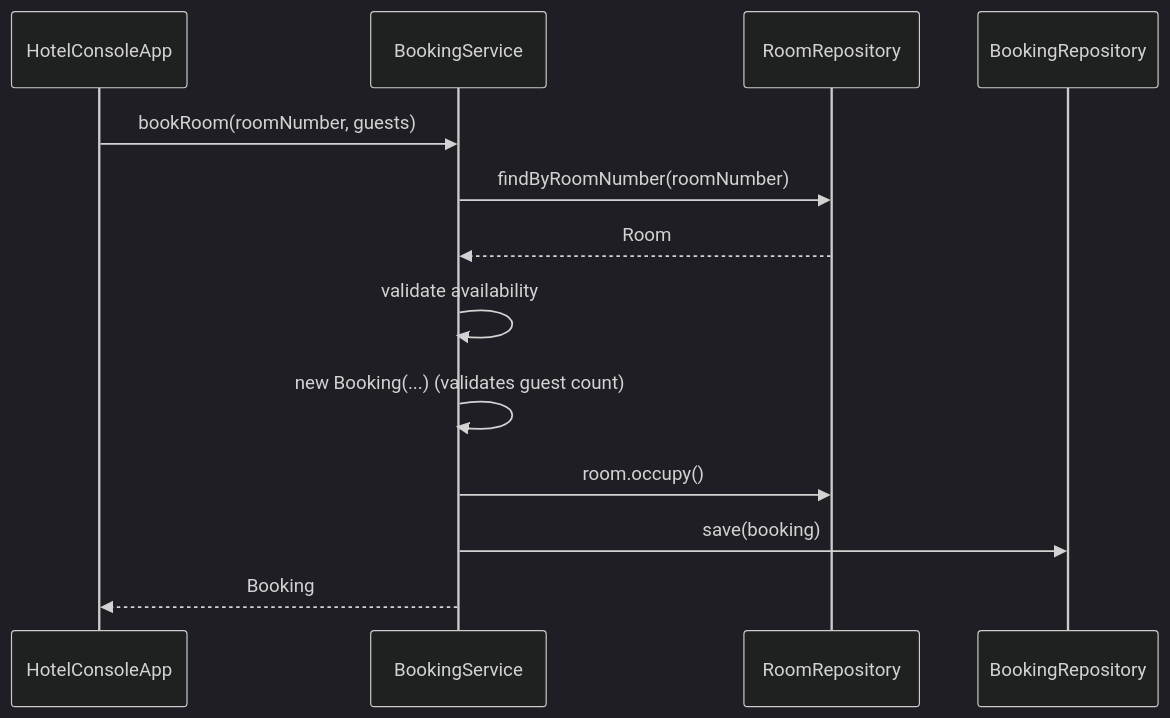
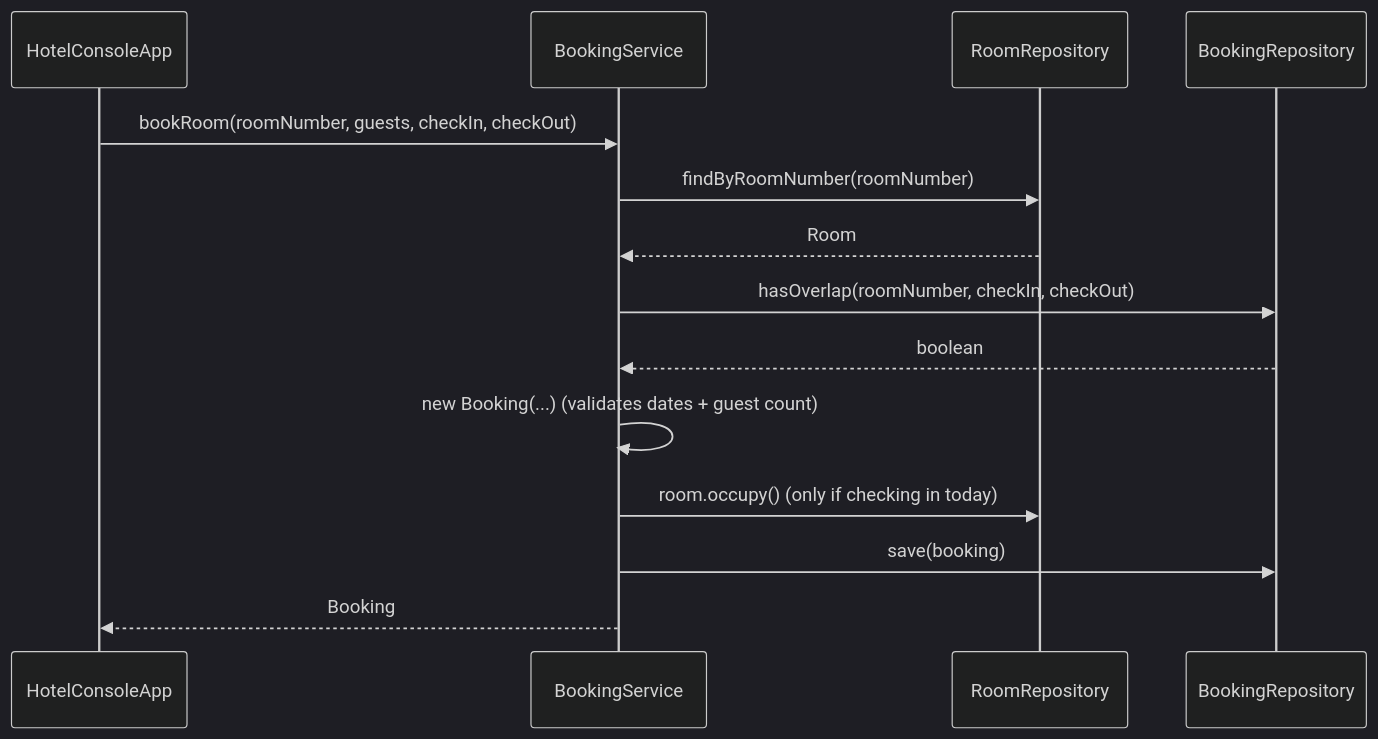
Before and after one commit to syrhnjb/Hotel-Management-System: the second of 3 diagrams in docs/architecture.md, drawn with Mermaid (dark theme). The commit also changed other lines of this file and 27 other files, not shown here.

````diff
--- a/docs/architecture.md
+++ b/docs/architecture.md
@@ -39,16 +43,17 @@
 ```mermaid
 sequenceDiagram
     participant CLI as HotelConsoleApp
     participant BS as BookingService
     participant RR as RoomRepository
     participant BR as BookingRepository
 
-    CLI->>BS: bookRoom(roomNumber, guests)
+    CLI->>BS: bookRoom(roomNumber, guests, checkIn, checkOut)
     BS->>RR: findByRoomNumber(roomNumber)
     RR-->>BS: Room
-    BS->>BS: validate availability
-    BS->>BS: new Booking(...) (validates guest count)
-    BS->>RR: room.occupy()
+    BS->>BR: hasOverlap(roomNumber, checkIn, checkOut)
+    BR-->>BS: boolean
+    BS->>BS: new Booking(...) (validates dates + guest count)
+    BS->>RR: room.occupy() (only if checking in today)
     BS->>BR: save(booking)
     BS-->>CLI: Booking
 ```
````
